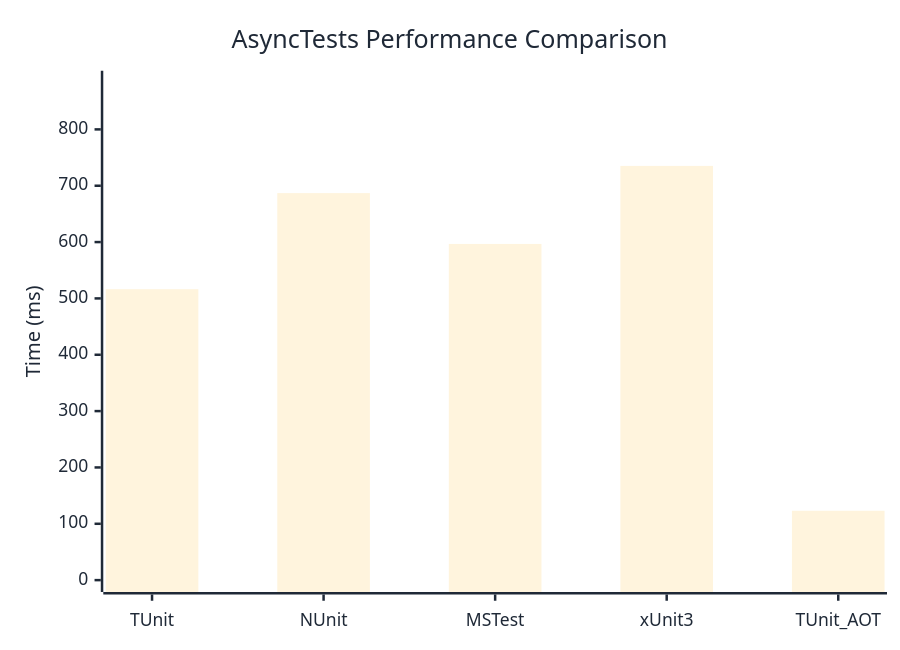
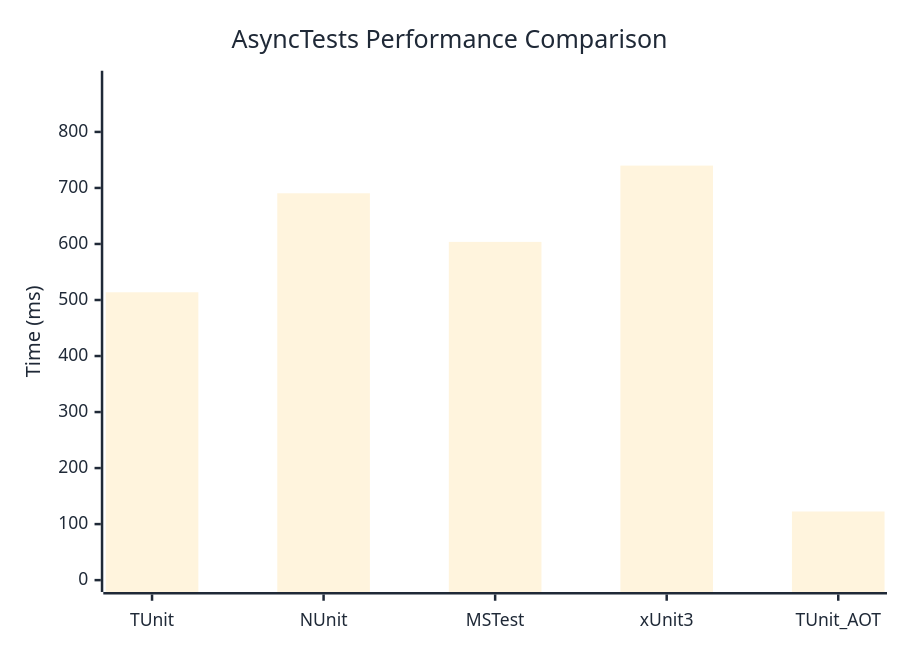
The diagram in docs/docs/benchmarks/AsyncTests.md (thomhurst/TUnit), drawn with Mermaid before and after one commit. The commit also changed other lines of this file and 17 other files, not shown here.

````diff
--- a/docs/docs/benchmarks/AsyncTests.md
+++ b/docs/docs/benchmarks/AsyncTests.md
@@ -27,37 +27,37 @@
 ```mermaid
 %%{init: {
   'theme':'base',
   'themeVariables': {
     'primaryColor': '#2563eb',
     'primaryTextColor': '#1f2937',
     'primaryBorderColor': '#1e40af',
     'lineColor': '#6b7280',
     'secondaryColor': '#7c3aed',
     'tertiaryColor': '#dc2626',
     'background': '#ffffff',
     'mainBkg': '#2563eb',
     'secondBkg': '#7c3aed',
     'tertiaryBkg': '#dc2626',
     'clusterBkg': '#f3f4f6',
     'edgeLabelBackground': '#ffffff',
     'tertiaryTextColor': '#1f2937',
     'pie1': '#2563eb',
     'pie2': '#7c3aed',
     'pie3': '#dc2626',
     'pie4': '#f59e0b',
     'pie5': '#10b981',
     'pie6': '#06b6d4',
     'pie7': '#ec4899',
     'pie8': '#6366f1',
     'pie9': '#84cc16',
     'pie10': '#f97316',
     'pie11': '#14b8a6',
     'pie12': '#a855f7'
   }
 }}%%
 xychart-beta
   title "AsyncTests Performance Comparison"
   x-axis ["TUnit", "NUnit", "MSTest", "xUnit3", "TUnit_AOT"]
-  y-axis "Time (ms)" 0 --> 883
-  bar [516.4, 686.9, 596.7, 735.2, 123.1]
+  y-axis "Time (ms)" 0 --> 888
+  bar [513.8, 690.5, 603.7, 739.9, 122.5]
 ```
````
